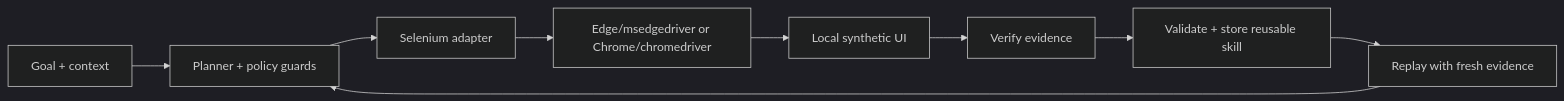
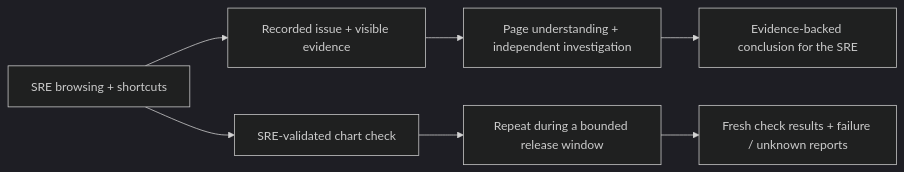
One commit to orionnelson/llm-bot-selenium changed the diagram in README.md. Above: the diagram before and after it, drawn with Mermaid (dark theme). The commit also changed other lines of this file and 8 other files, not shown here.

Commit message:
Connect SRE chart issues to independent checks and bounded release ticks

````diff
--- a/README.md
+++ b/README.md
@@ -8,11 +10,9 @@
 ```mermaid
 flowchart LR
-    Goal["Goal + context"] --> Guard["Planner + policy guards"]
-    Guard --> Adapter["Selenium adapter"]
-    Adapter --> Driver["Edge/msedgedriver or Chrome/chromedriver"]
-    Driver --> UI["Local synthetic UI"]
-    UI --> Verify["Verify evidence"]
-    Verify --> Learn["Validate + store reusable skill"]
-    Learn --> Replay["Replay with fresh evidence"]
-    Replay --> Guard
+    SRE["SRE browsing + shortcuts"] --> Issue["Recorded issue + visible evidence"]
+    Issue --> Bot["Page understanding + independent investigation"]
+    Bot --> Answer["Evidence-backed conclusion for the SRE"]
+    SRE --> Check["SRE-validated chart check"]
+    Check --> Release["Repeat during a bounded release window"]
+    Release --> Report["Fresh check results + failure / unknown reports"]
 ```
````
